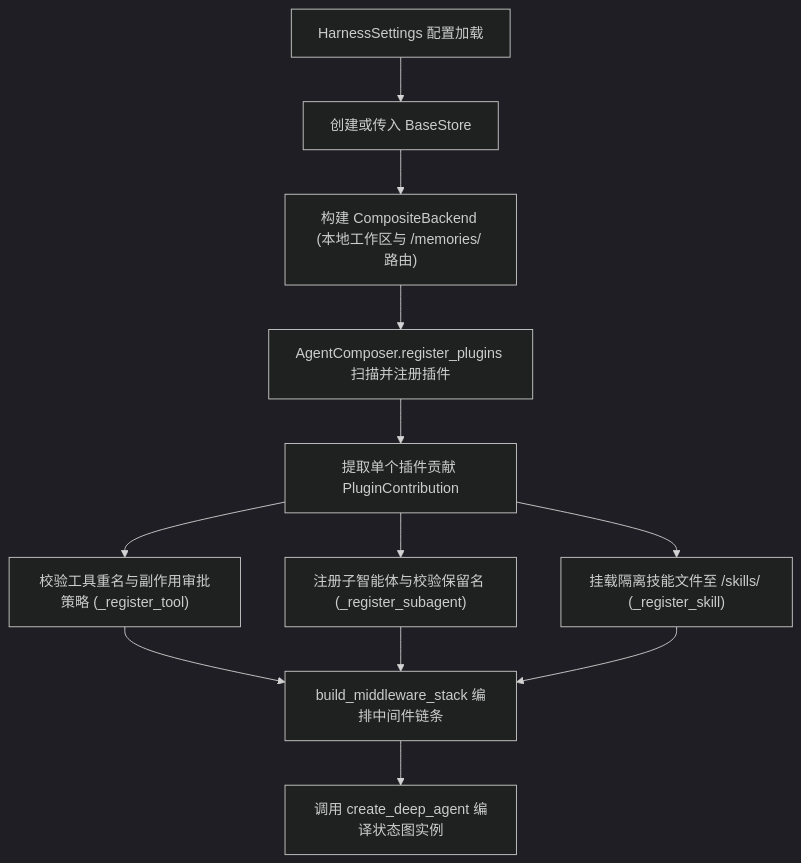
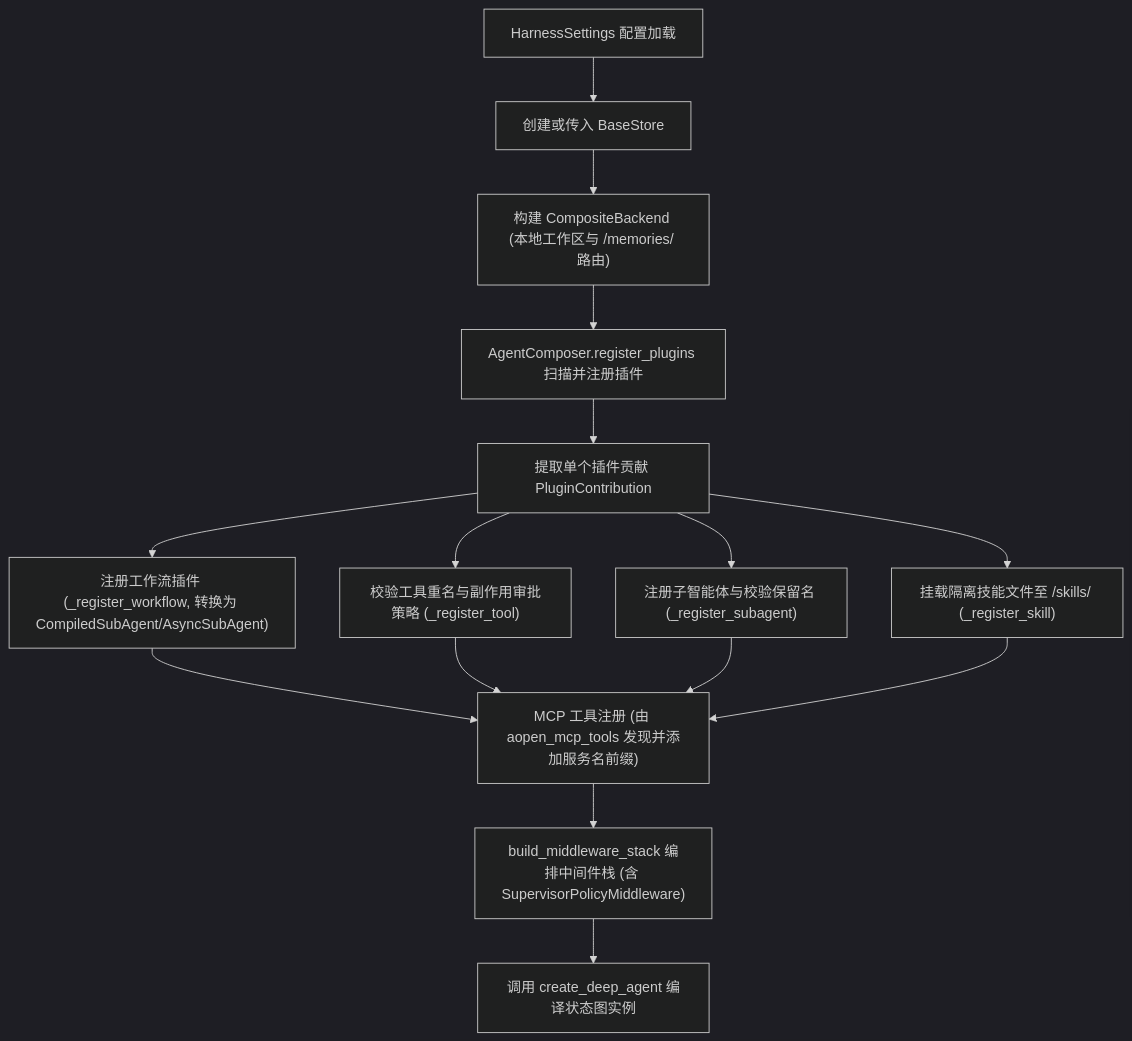
Before and after one commit to 0passion0/agent_harness: the diagram in openwiki/architecture/overview.md, drawn with Mermaid (dark theme). The commit also changed other lines of this file and 65 other files, not shown here.

````diff
--- a/openwiki/architecture/overview.md
+++ b/openwiki/architecture/overview.md
@@ -43,12 +45,14 @@
 ```mermaid
 graph TD
     A["HarnessSettings 配置加载"] --> B["创建或传入 BaseStore"]
     B --> C["构建 CompositeBackend (本地工作区与 /memories/ 路由)"]
     C --> D["AgentComposer.register_plugins 扫描并注册插件"]
     D --> E["提取单个插件贡献 PluginContribution"]
-    E --> F["校验工具重名与副作用审批策略 (_register_tool)"]
-    E --> G["注册子智能体与校验保留名 (_register_subagent)"]
-    E --> H["挂载隔离技能文件至 /skills/ (_register_skill)"]
-    F & G & H --> I["build_middleware_stack 编排中间件链条"]
-    I --> J["调用 create_deep_agent 编译状态图实例"]
+    E --> F["注册工作流插件 (_register_workflow, 转换为 CompiledSubAgent/AsyncSubAgent)"]
+    E --> G["校验工具重名与副作用审批策略 (_register_tool)"]
+    E --> H["注册子智能体与校验保留名 (_register_subagent)"]
+    E --> I["挂载隔离技能文件至 /skills/ (_register_skill)"]
+    F & G & H & I --> J["MCP 工具注册 (由 aopen_mcp_tools 发现并添加服务名前缀)"]
+    J --> K["build_middleware_stack 编排中间件栈 (含 SupervisorPolicyMiddleware)"]
+    K --> L["调用 create_deep_agent 编译状态图实例"]
 ```
````
